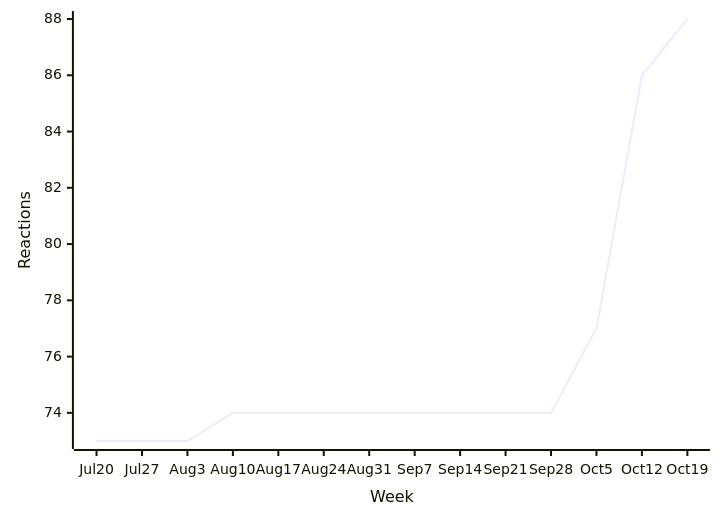
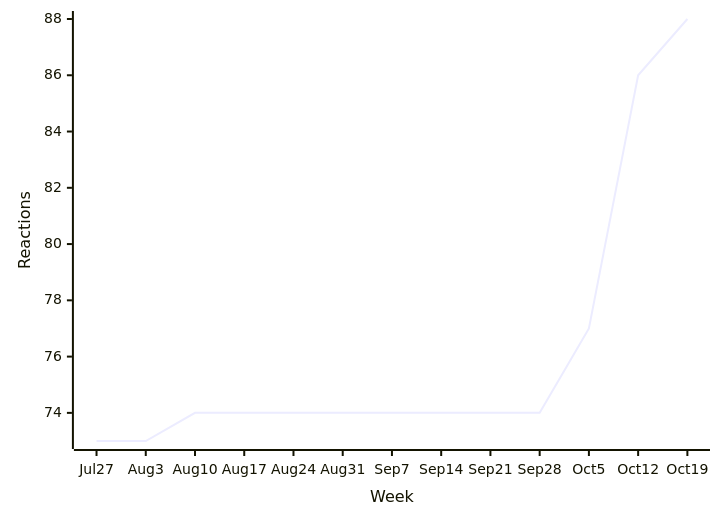
One commit to loic-sharma/github-insights changed the ninth of 39 diagrams in README.md. Above: the diagram before and after it, drawn with Mermaid. The commit also changed other lines of this file and 3 other files, not shown here.

````diff
--- a/README.md
+++ b/README.md
@@ -477,6 +460,6 @@
   ```mermaid
   xychart-beta
-    x-axis "Week" [Jul 20, Jul 27, Aug 3, Aug 10, Aug 17, Aug 24, Aug 31, Sep 7, Sep 14, Sep 21, Sep 28, Oct 5, Oct 12, Oct 19]
+    x-axis "Week" [Jul 27, Aug 3, Aug 10, Aug 17, Aug 24, Aug 31, Sep 7, Sep 14, Sep 21, Sep 28, Oct 5, Oct 12, Oct 19]
     y-axis "Reactions"
-    line [73, 73, 73, 74, 74, 74, 74, 74, 74, 74, 74, 77, 86, 88]
+    line [73, 73, 74, 74, 74, 74, 74, 74, 74, 74, 77, 86, 88]
   ```
````
